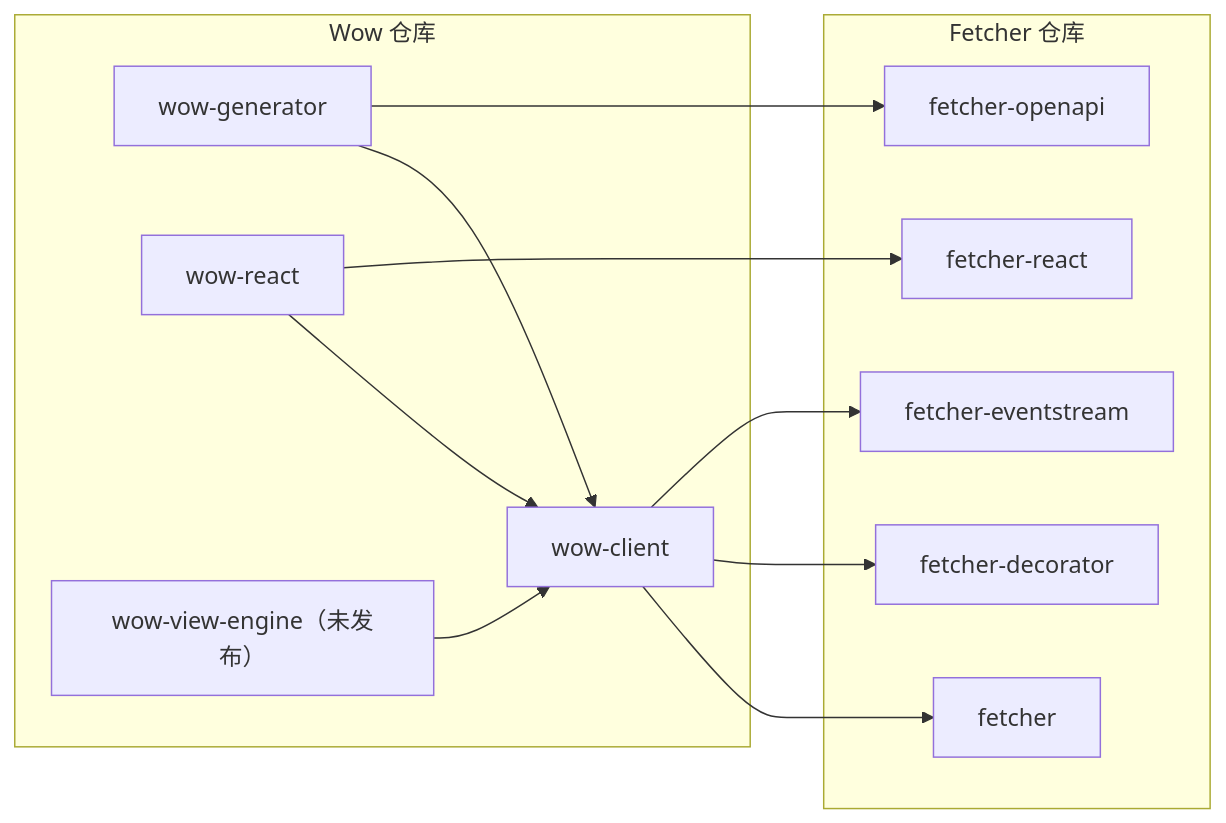
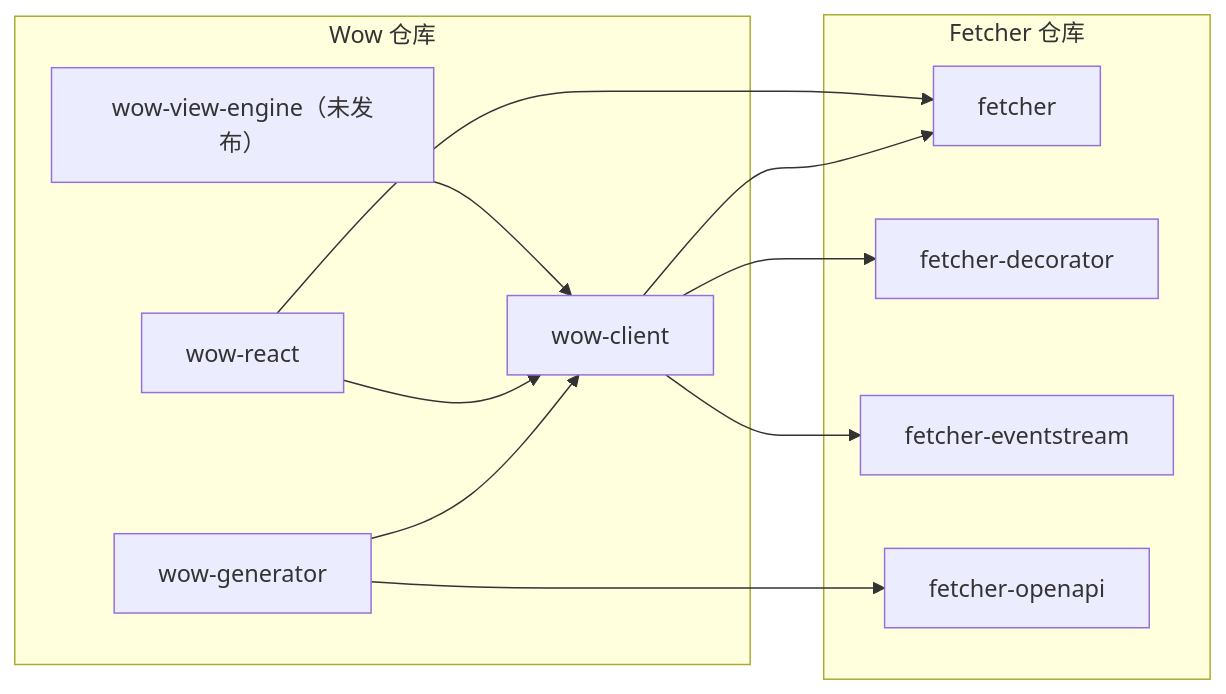
Before and after one commit to Ahoo-Wang/Wow: the diagram in documentation/docs/zh/guide/typescript/index.md, drawn with Mermaid. The commit also changed other lines of this file and 42 other files, not shown here.

````diff
--- a/documentation/docs/zh/guide/typescript/index.md
+++ b/documentation/docs/zh/guide/typescript/index.md
@@ -29,24 +29,23 @@
 ```mermaid
 flowchart LR
     subgraph Wow["Wow 仓库"]
         Client["wow-client"]
         Generator["wow-generator"]
         React["wow-react"]
         Engine["wow-view-engine（未发布）"]
     end
     subgraph Fetcher["Fetcher 仓库"]
         Core["fetcher"]
         Decorator["fetcher-decorator"]
         EventStream["fetcher-eventstream"]
         OpenAPI["fetcher-openapi"]
-        FetcherReact["fetcher-react"]
     end
     Generator --> Client
     React --> Client
     Engine --> Client
     Client --> Core
     Client --> Decorator
     Client --> EventStream
     Generator --> OpenAPI
-    React --> FetcherReact
+    React --> Core
 ```
````
